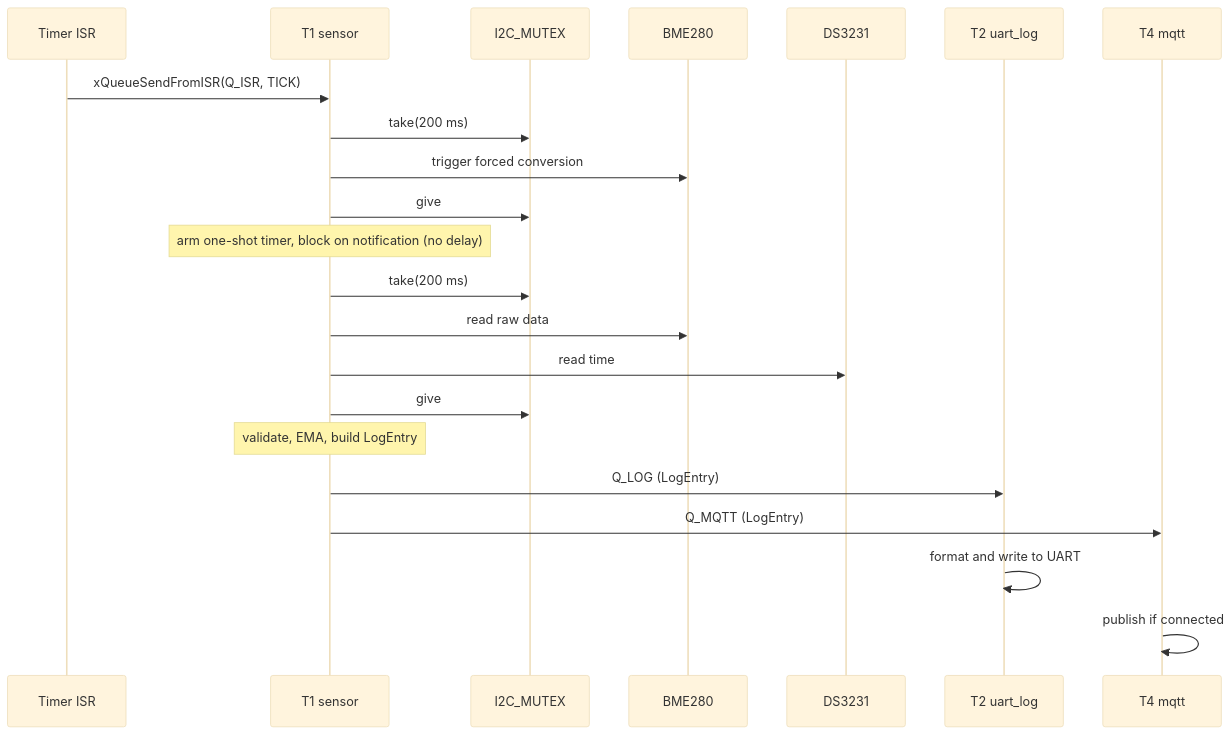
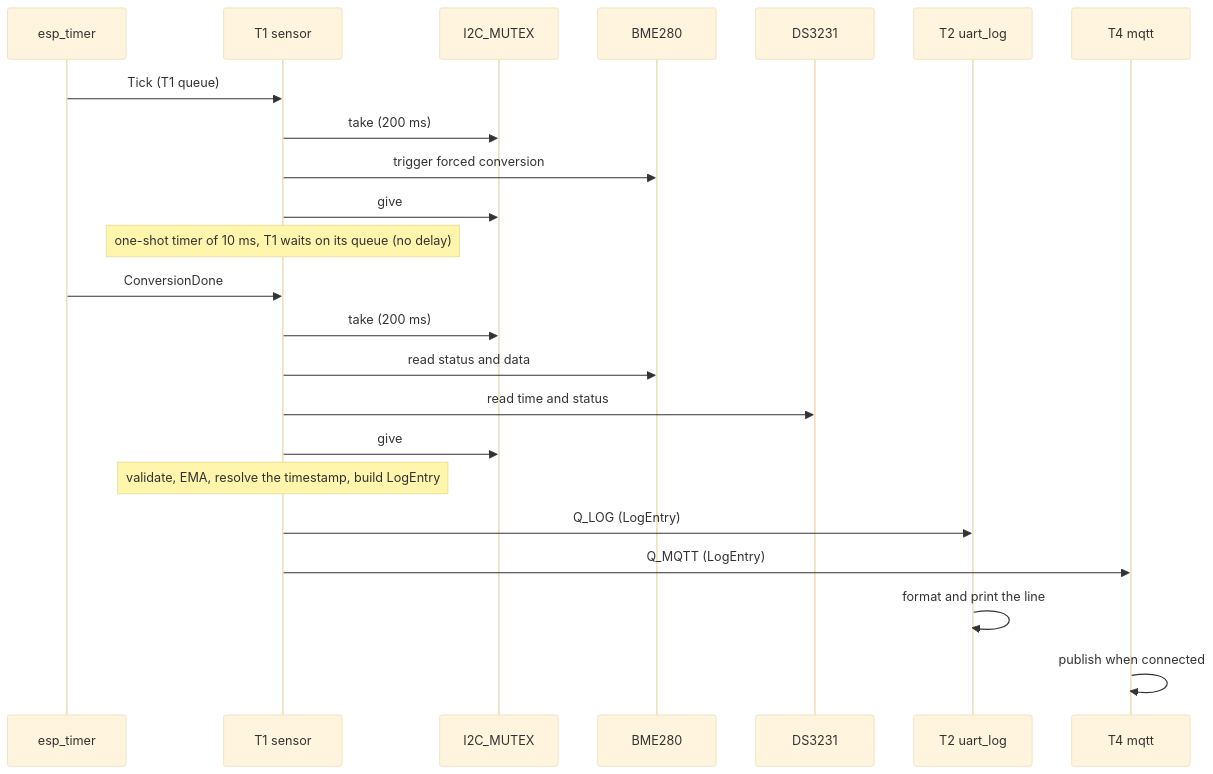
The fourth of 6 diagrams in docs/architecture.md (yuriyKazan/Environment-logger), drawn with Mermaid (base theme) before and after one commit. The commit also changed other lines of this file and 2 other files, not shown here.

Commit message:
Architecture doc: rewrite to match the implementation (T1 FSM, T3, queues, watchdog, sequences)

````diff
--- a/docs/architecture.md
+++ b/docs/architecture.md
@@ -197,24 +252,25 @@
 ```mermaid
 sequenceDiagram
-    participant TMR as Timer ISR
+    participant TMR as esp_timer
     participant T1 as T1 sensor
     participant MTX as I2C_MUTEX
     participant BME as BME280
     participant RTC as DS3231
     participant T2 as T2 uart_log
     participant T4 as T4 mqtt
-    TMR->>T1: xQueueSendFromISR(Q_ISR, TICK)
-    T1->>MTX: take(200 ms)
+    TMR->>T1: Tick (T1 queue)
+    T1->>MTX: take (200 ms)
     T1->>BME: trigger forced conversion
     T1->>MTX: give
-    Note over T1: arm one-shot timer, block on notification (no delay)
-    T1->>MTX: take(200 ms)
-    T1->>BME: read raw data
-    T1->>RTC: read time
+    Note over T1: one-shot timer of 10 ms, T1 waits on its queue (no delay)
+    TMR->>T1: ConversionDone
+    T1->>MTX: take (200 ms)
+    T1->>BME: read status and data
+    T1->>RTC: read time and status
     T1->>MTX: give
-    Note over T1: validate, EMA, build LogEntry
+    Note over T1: validate, EMA, resolve the timestamp, build LogEntry
     T1->>T2: Q_LOG (LogEntry)
     T1->>T4: Q_MQTT (LogEntry)
-    T2->>T2: format and write to UART
-    T4->>T4: publish if connected
+    T2->>T2: format and print the line
+    T4->>T4: publish when connected
 ```
````
